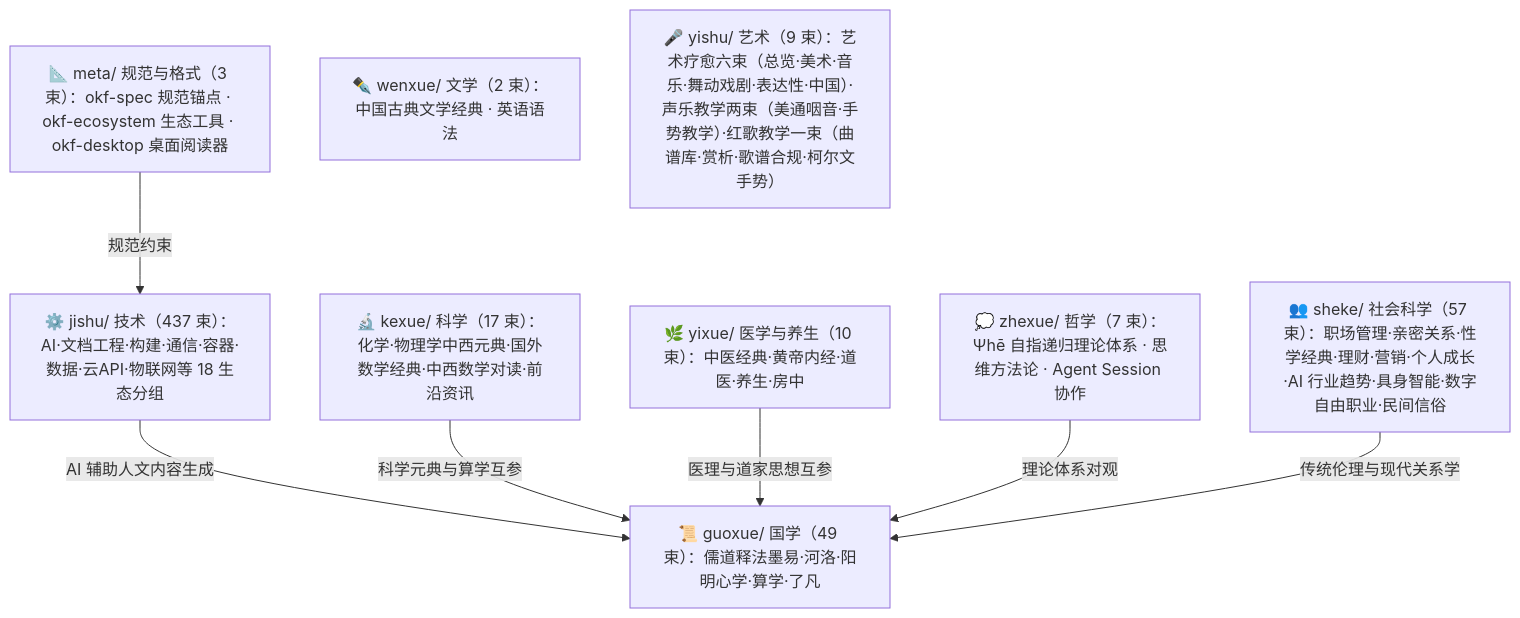
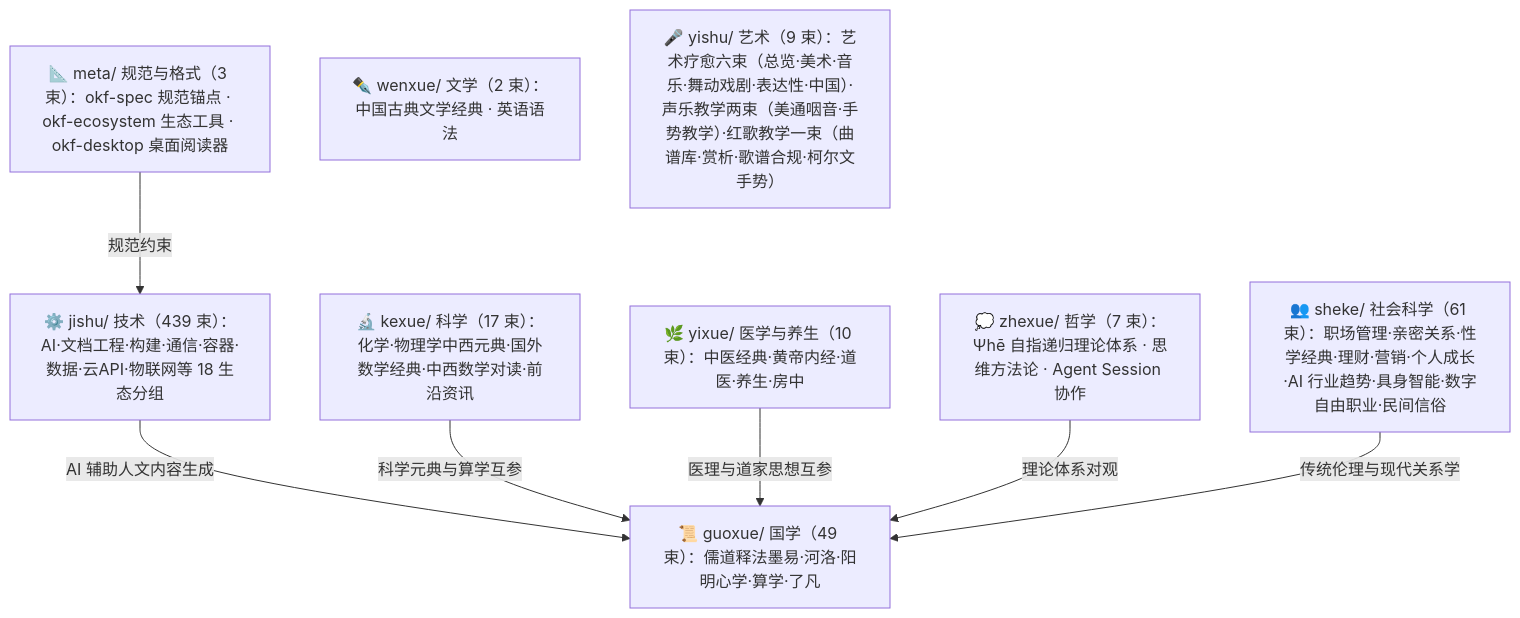
The diagram in doc/bundles/index.md (awesome-flexloop/awesome-okf), drawn with Mermaid before and after one commit. The commit also changed other lines of this file and 71 other files, not shown here.

````diff
--- a/doc/bundles/index.md
+++ b/doc/bundles/index.md
@@ -21,18 +21,18 @@
 ```mermaid
 flowchart TD
     meta["📐 meta/ 规范与格式（3 束）：okf-spec 规范锚点 · okf-ecosystem 生态工具 · okf-desktop 桌面阅读器"]
     guoxue["📜 guoxue/ 国学（49 束）：儒道释法墨易·河洛·阳明心学·算学·了凡"]
     zhexue["💭 zhexue/ 哲学（7 束）：Ψhē 自指递归理论体系 · 思维方法论 · Agent Session 协作"]
     kexue["🔬 kexue/ 科学（17 束）：化学·物理学中西元典·国外数学经典·中西数学对读·前沿资讯"]
     wenxue["✒️ wenxue/ 文学（2 束）：中国古典文学经典 · 英语语法"]
     yixue["🌿 yixue/ 医学与养生（10 束）：中医经典·黄帝内经·道医·养生·房中"]
-    sheke["👥 sheke/ 社会科学（57 束）：职场管理·亲密关系·性学经典·理财·营销·个人成长·AI 行业趋势·具身智能·数字自由职业·民间信俗"]
+    sheke["👥 sheke/ 社会科学（61 束）：职场管理·亲密关系·性学经典·理财·营销·个人成长·AI 行业趋势·具身智能·数字自由职业·民间信俗"]
     yishu["🎤 yishu/ 艺术（9 束）：艺术疗愈六束（总览·美术·音乐·舞动戏剧·表达性·中国）·声乐教学两束（美通咽音·手势教学）·红歌教学一束（曲谱库·赏析·歌谱合规·柯尔文手势）"]
-    jishu["⚙️ jishu/ 技术（437 束）：AI·文档工程·构建·通信·容器·数据·云API·物联网等 18 生态分组"]
+    jishu["⚙️ jishu/ 技术（439 束）：AI·文档工程·构建·通信·容器·数据·云API·物联网等 18 生态分组"]
     meta -->|"规范约束"| jishu
     jishu -->|"AI 辅助人文内容生成"| guoxue
     kexue -->|"科学元典与算学互参"| guoxue
     yixue -->|"医理与道家思想互参"| guoxue
     zhexue -->|"理论体系对观"| guoxue
     sheke -->|"传统伦理与现代关系学"| guoxue
 ```
````
